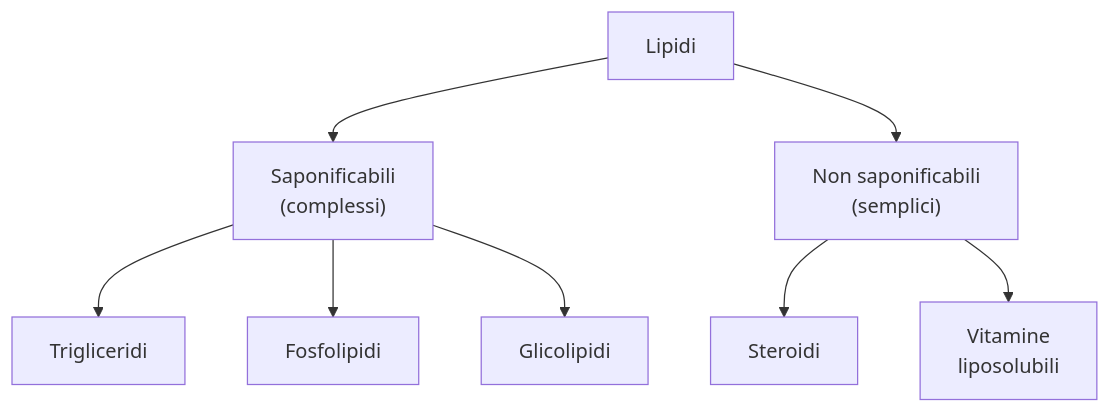
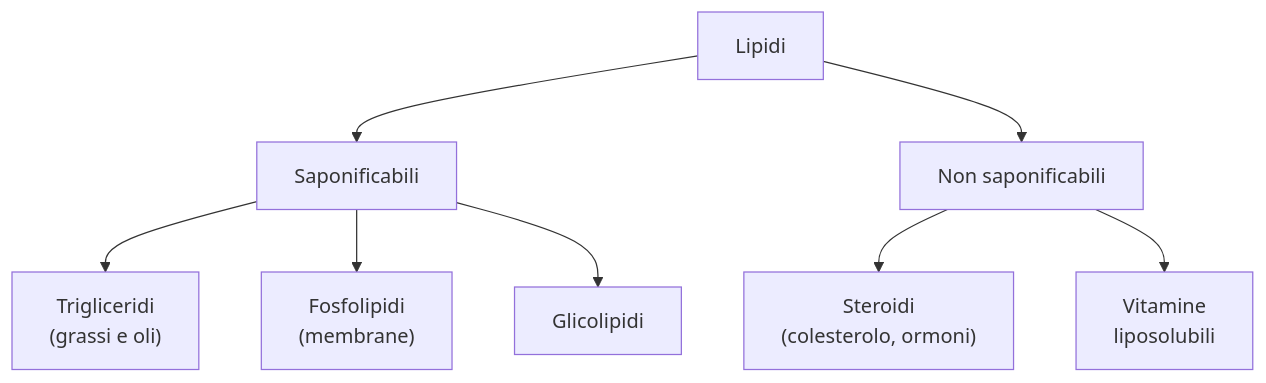
Before and after one commit to nadiadba/nadia-secondbrain: the third of 4 diagrams in docs/scienze/biochimica/biomolecole.md, drawn with Mermaid. The commit also changed other lines of this file, not shown here.

````diff
--- a/docs/scienze/biochimica/biomolecole.md
+++ b/docs/scienze/biochimica/biomolecole.md
@@ -205,10 +229,10 @@
 ```mermaid
 flowchart TD
-    A["Lipidi"] --> B["Saponificabili<br>(complessi)"]
-    A --> C["Non saponificabili<br>(semplici)"]
-    B --> B1["Trigliceridi"]
-    B --> B2["Fosfolipidi"]
+    A["Lipidi"] --> B["Saponificabili"]
+    A --> C["Non saponificabili"]
+    B --> B1["Trigliceridi<br>(grassi e oli)"]
+    B --> B2["Fosfolipidi<br>(membrane)"]
     B --> B3["Glicolipidi"]
-    C --> C1["Steroidi"]
+    C --> C1["Steroidi<br>(colesterolo, ormoni)"]
     C --> C2["Vitamine<br>liposolubili"]
 ```
````
